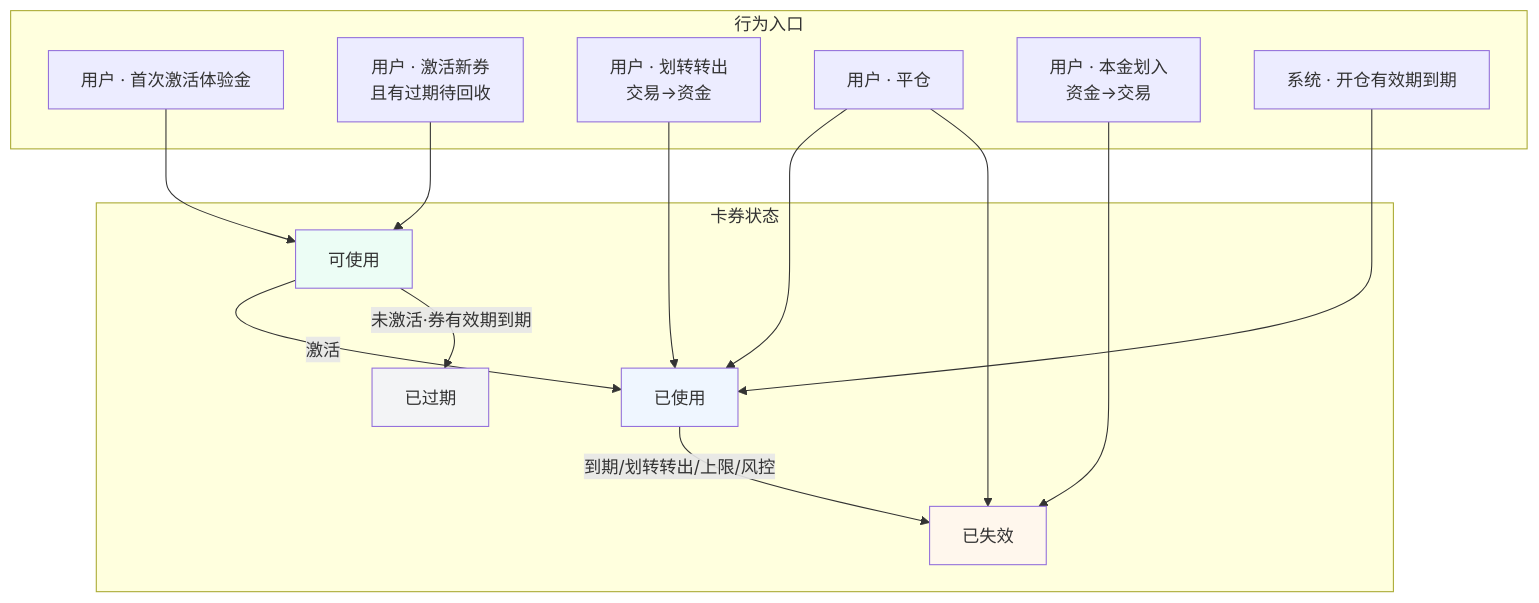
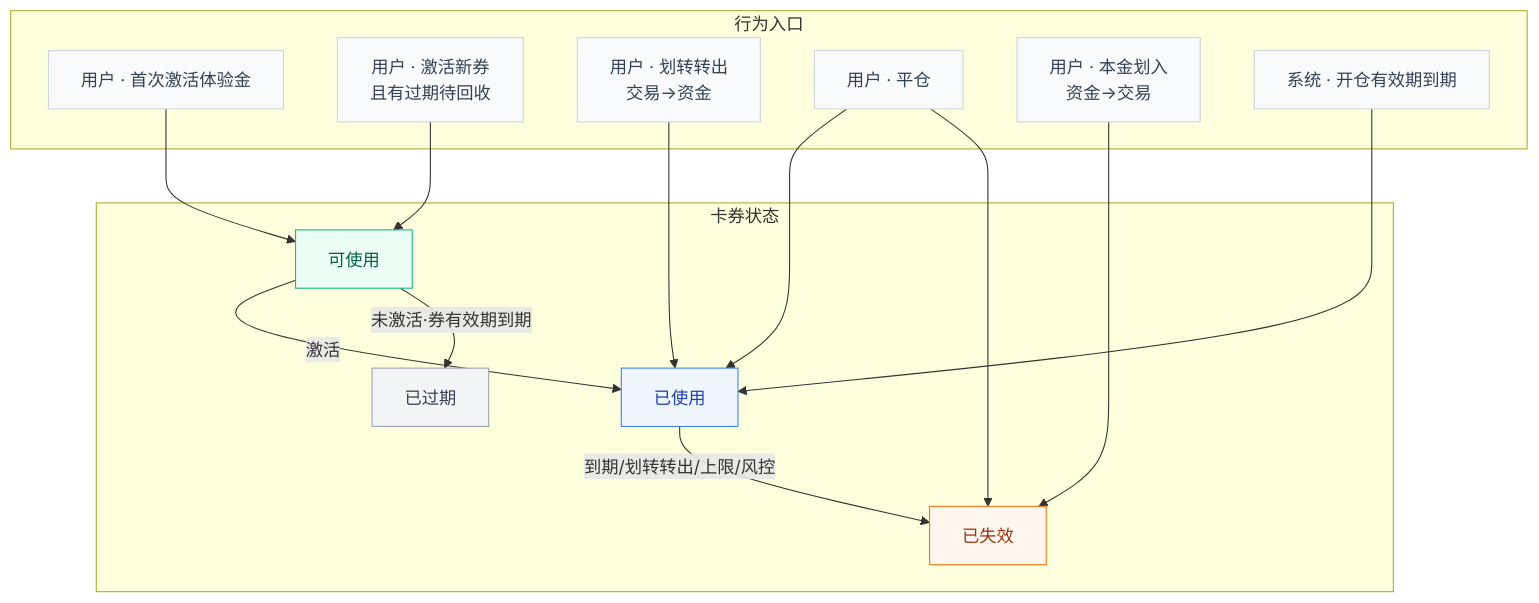
Before and after one commit to DashuaibiZZY/prototype: the diagram in perp_dex/流程图/体验金回收机制v2.mmd, drawn with Mermaid. The commit also changed 4 other files, not shown here.

```diff
--- a/perp_dex/流程图/体验金回收机制v2.mmd
+++ b/perp_dex/流程图/体验金回收机制v2.mmd
@@ -1,33 +1,40 @@
 flowchart TB
     subgraph 行为入口
         U1[用户 · 首次激活体验金]
         U2[用户 · 激活新券<br/>且有过期待回收]
         U3[用户 · 划转转出<br/>交易→资金]
         U4[用户 · 平仓]
         U5[用户 · 本金划入<br/>资金→交易]
         S1[系统 · 开仓有效期到期]
     end
 
     subgraph 卡券状态
         S0[可使用]
         S2u[已使用]
         S2e[已过期]
         S2x[已失效]
     end
 
     U1 --> S0
     U2 --> S0
     U3 --> S2u
     U4 --> S2u
     U4 --> S2x
     U5 --> S2x
     S1 --> S2u
 
     S0 -->|激活| S2u
     S0 -->|未激活·券有效期到期| S2e
     S2u -->|到期/划转转出/上限/风控| S2x
 
-    style S0 fill:#ecfdf5
-    style S2u fill:#eff6ff
-    style S2e fill:#f3f4f6
-    style S2x fill:#fff7ed
+    classDef cAvail fill:#ecfdf5,stroke:#10b981,color:#065f46
+    classDef cUsed fill:#eff6ff,stroke:#3b82f6,color:#1e40af
+    classDef cExpired fill:#f3f4f6,stroke:#9ca3af,color:#374151
+    classDef cInvalid fill:#fff7ed,stroke:#f97316,color:#9a3412
+    classDef neutral fill:#f8fafc,stroke:#cbd5e1,color:#334155
+
+    class S0 cAvail
+    class S2u cUsed
+    class S2e cExpired
+    class S2x cInvalid
+    class U1,U2,U3,U4,U5,S1 neutral
```
